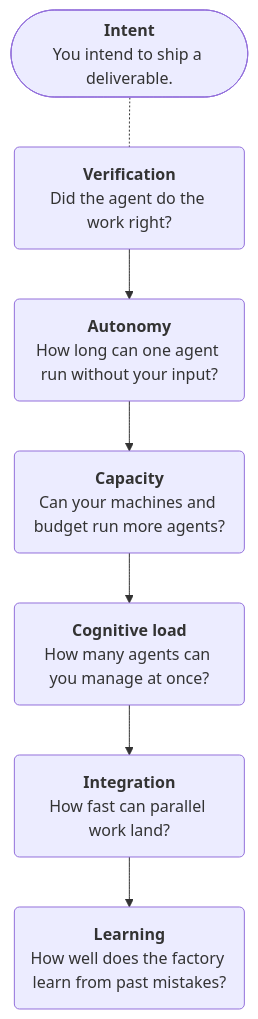
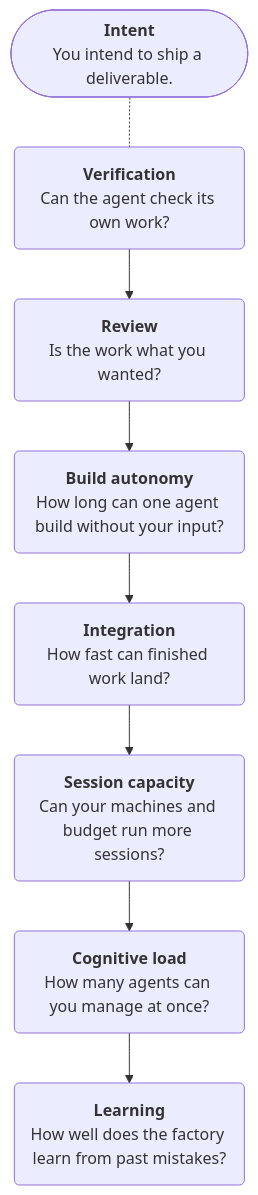
Before and after one commit to fabricahq/book: the diagram in 01-introduction/05-the-hierarchy-of-bottlenecks.md, drawn with Mermaid. The commit also changed other lines of this file and 1 other file, not shown here.

First line of the commit message:
Split review from verification in the hierarchy of bottlenecks

````diff
--- a/01-introduction/05-the-hierarchy-of-bottlenecks.md
+++ b/01-introduction/05-the-hierarchy-of-bottlenecks.md
@@ -38,13 +38,14 @@
 ```mermaid
 flowchart TD
   accTitle: The hierarchy of bottlenecks
-  accDescr: It starts with your intent to ship a deliverable. Then come six bottlenecks, met in this order: verification, autonomy, capacity, cognitive load, integration, and learning.
+  accDescr: It starts with your intent to ship a deliverable. Then come seven bottlenecks, met in this order: verification, review, build autonomy, integration, session capacity, cognitive load, and learning.
   intent(["<b>Intent</b><br/>You intend to ship a deliverable."])
-  verification("<b>Verification</b><br/>Did the agent do the work right?")
-  autonomy("<b>Autonomy</b><br/>How long can one agent run without your input?")
-  capacity("<b>Capacity</b><br/>Can your machines and budget run more agents?")
+  verification("<b>Verification</b><br/>Can the agent check its own work?")
+  review("<b>Review</b><br/>Is the work what you wanted?")
+  buildAutonomy("<b>Build autonomy</b><br/>How long can one agent build without your input?")
+  integration("<b>Integration</b><br/>How fast can finished work land?")
+  sessionCapacity("<b>Session capacity</b><br/>Can your machines and budget run more sessions?")
   cognitiveLoad("<b>Cognitive load</b><br/>How many agents can you manage at once?")
-  integration("<b>Integration</b><br/>How fast can parallel work land?")
   learning("<b>Learning</b><br/>How well does the factory learn from past mistakes?")
-  intent -.- verification --> autonomy --> capacity --> cognitiveLoad --> integration --> learning 
+  intent -.- verification --> review --> buildAutonomy --> integration --> sessionCapacity --> cognitiveLoad --> learning
 ```
````
